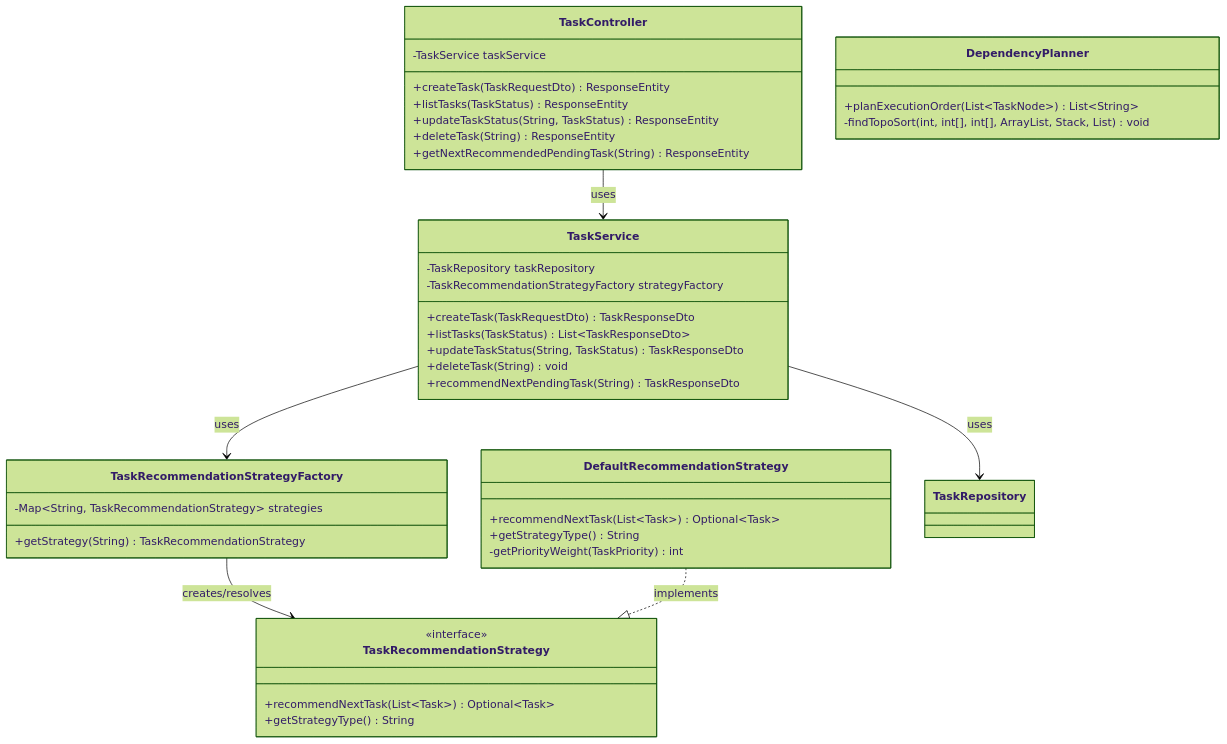
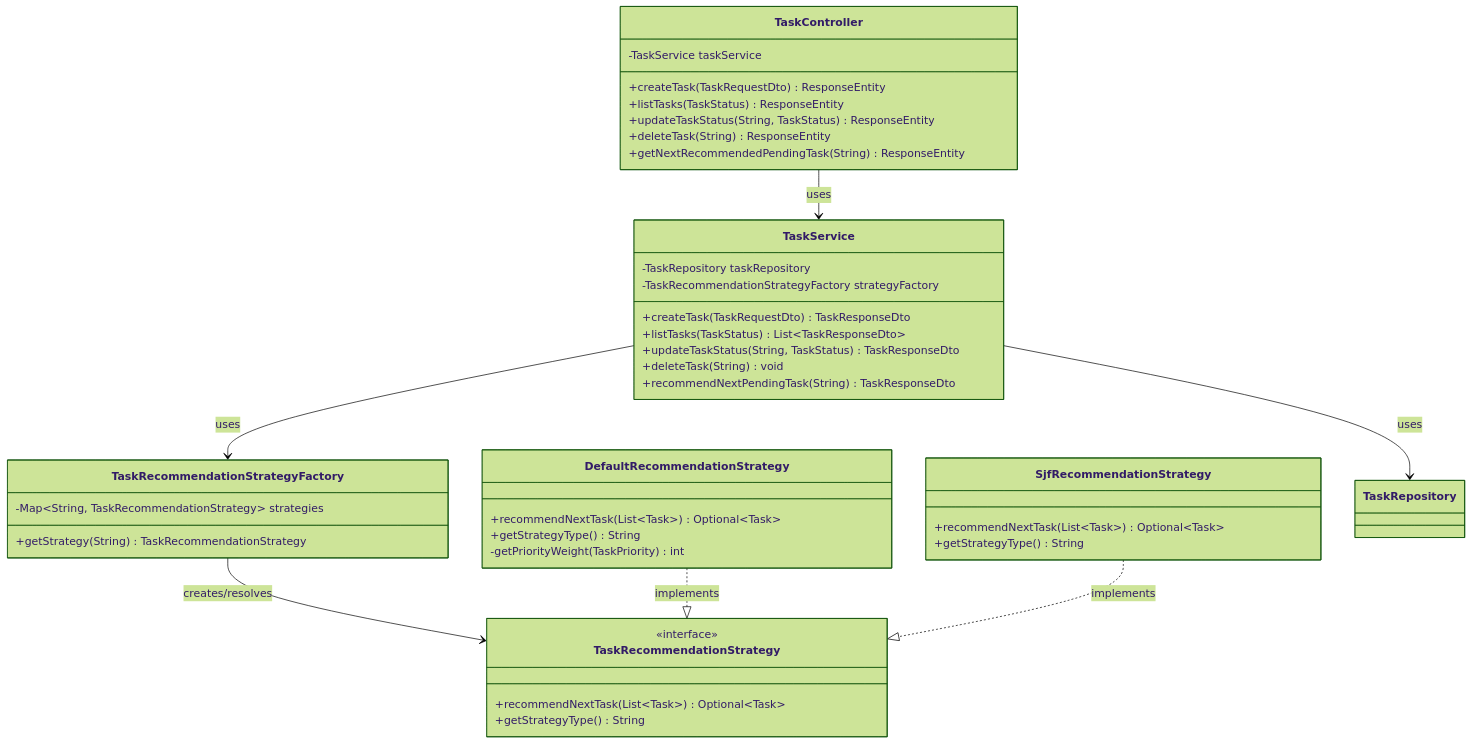
One commit to Medhansh223/overt-ideas-assessment changed the fourth of 4 diagrams in README.md. Above: the diagram before and after it, drawn with Mermaid (forest theme).

Commit message:
Docs: Update LLD diagram to include SjfRecommendationStrategy subclass

````diff
--- a/README.md
+++ b/README.md
@@ -97,49 +97,50 @@
 ```mermaid
 classDiagram
     class TaskController {
         -TaskService taskService
         +createTask(TaskRequestDto) ResponseEntity
         +listTasks(TaskStatus) ResponseEntity
         +updateTaskStatus(String, TaskStatus) ResponseEntity
         +deleteTask(String) ResponseEntity
         +getNextRecommendedPendingTask(String) ResponseEntity
     }
 
     class TaskService {
         -TaskRepository taskRepository
         -TaskRecommendationStrategyFactory strategyFactory
         +createTask(TaskRequestDto) TaskResponseDto
         +listTasks(TaskStatus) List~TaskResponseDto~
         +updateTaskStatus(String, TaskStatus) TaskResponseDto
         +deleteTask(String) void
         +recommendNextPendingTask(String) TaskResponseDto
     }
 
     class TaskRecommendationStrategyFactory {
         -Map~String, TaskRecommendationStrategy~ strategies
         +getStrategy(String) TaskRecommendationStrategy
     }
 
     class TaskRecommendationStrategy {
         <<interface>>
         +recommendNextTask(List~Task~) Optional~Task~
         +getStrategyType() String
     }
 
     class DefaultRecommendationStrategy {
         +recommendNextTask(List~Task~) Optional~Task~
         +getStrategyType() String
         -getPriorityWeight(TaskPriority) int
     }
 
-    class DependencyPlanner {
-        +planExecutionOrder(List~TaskNode~) List~String~
-        -findTopoSort(int, int[], int[], ArrayList, Stack, List) void
+    class SjfRecommendationStrategy {
+        +recommendNextTask(List~Task~) Optional~Task~
+        +getStrategyType() String
     }
 
     TaskController --> TaskService : uses
     TaskService --> TaskRecommendationStrategyFactory : uses
     TaskRecommendationStrategyFactory --> TaskRecommendationStrategy : creates/resolves
     DefaultRecommendationStrategy ..|> TaskRecommendationStrategy : implements
+    SjfRecommendationStrategy ..|> TaskRecommendationStrategy : implements
     TaskService --> TaskRepository : uses
 ```
````
